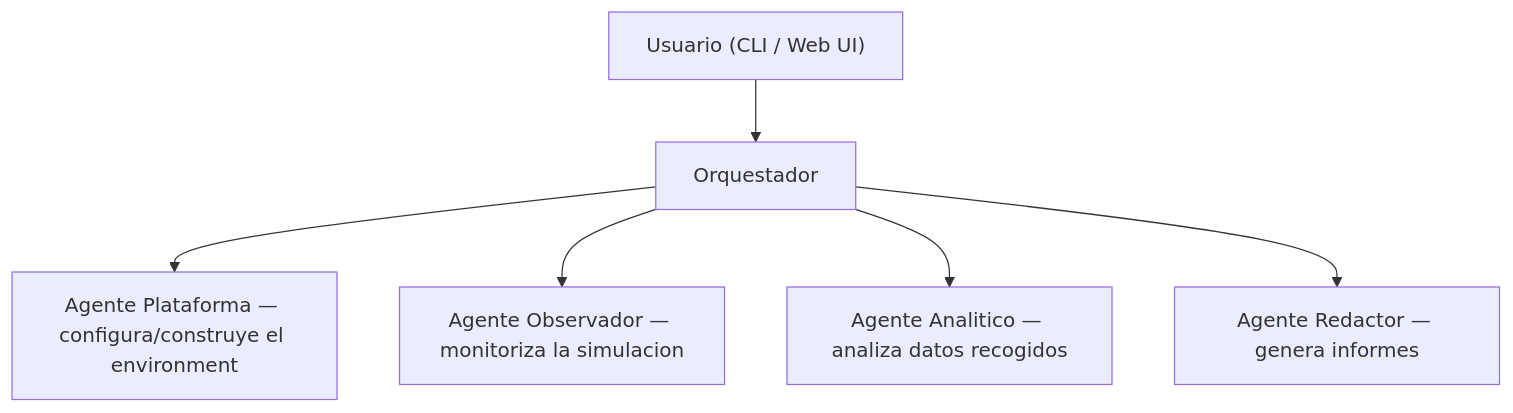
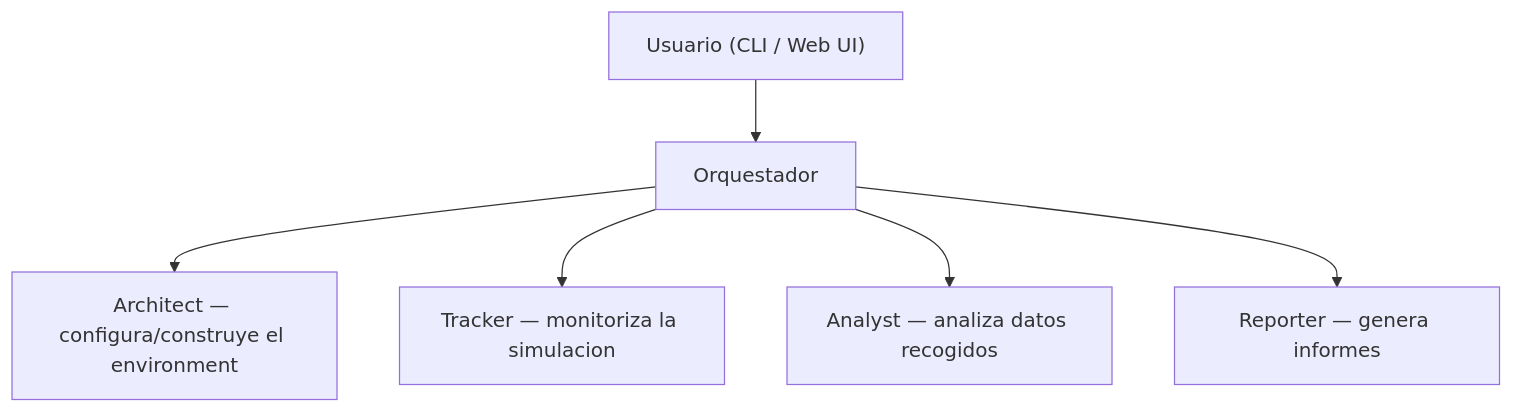
Before and after one commit to srfreire/labTFG: the first of 4 diagrams in phase2-juan/docs/DESIGN.md, drawn with Mermaid. The commit also changed other lines of this file and 1 other file, not shown here.

````diff
--- a/phase2-juan/docs/DESIGN.md
+++ b/phase2-juan/docs/DESIGN.md
@@ -16,9 +16,9 @@
 ```mermaid
 flowchart TD
     U["Usuario (CLI / Web UI)"] --> O[Orquestador]
 
-    O --> P["Agente Plataforma — configura/construye el environment"]
-    O --> OB["Agente Observador — monitoriza la simulacion"]
-    O --> AN["Agente Analitico — analiza datos recogidos"]
-    O --> R["Agente Redactor — genera informes"]
+    O --> P["Architect — configura/construye el environment"]
+    O --> OB["Tracker — monitoriza la simulacion"]
+    O --> AN["Analyst — analiza datos recogidos"]
+    O --> R["Reporter — genera informes"]
 ```
````
